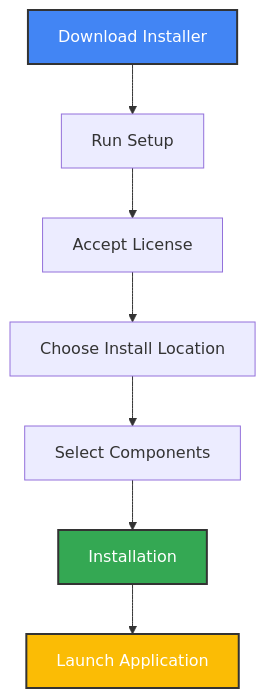
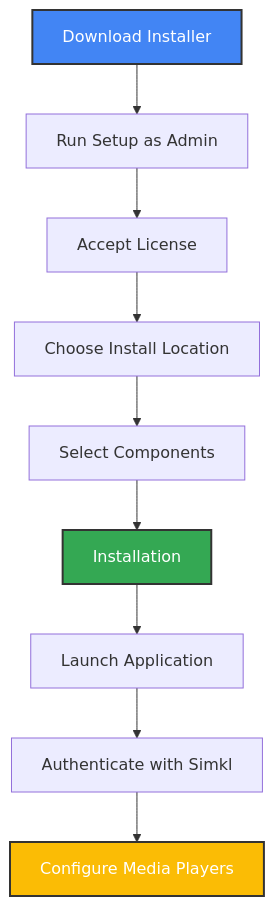
Before and after one commit to ByteTrix/Media-Player-Scrobbler-for-Simkl: the diagram in docs/installation.md, drawn with Mermaid. The commit also changed other lines of this file and 10 other files, not shown here.

First line of the commit message:
Enhance documentation for Media Player Scrobbler for Simkl

````diff
--- a/docs/installation.md
+++ b/docs/installation.md
@@ -31,12 +39,14 @@
 ```mermaid
 flowchart TD
-    A[Download Installer] --> B[Run Setup]
+    A[Download Installer] --> B[Run Setup as Admin]
     B --> C[Accept License]
     C --> D[Choose Install Location]
     D --> E[Select Components]
     E --> F[Installation]
     F --> G[Launch Application]
+    G --> H[Authenticate with Simkl]
+    H --> I[Configure Media Players]
     style A fill:#4285f4,stroke:#333,stroke-width:2px,color:#fff
     style F fill:#34a853,stroke:#333,stroke-width:2px,color:#fff
-    style G fill:#fbbc05,stroke:#333,stroke-width:2px,color:#fff
+    style I fill:#fbbc05,stroke:#333,stroke-width:2px,color:#fff
 ```
````
